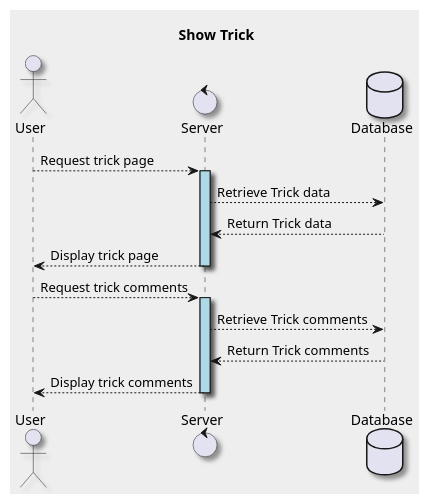
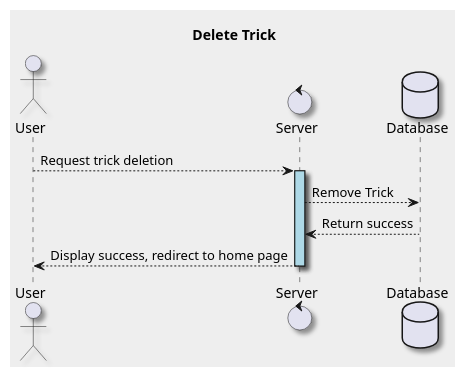
One commit to tomcdj71-openclassrooms/Snowtricks changed the diagram in .diagrams/sources/Seq_Trick_Delete.puml. Above: the diagram before and after it, drawn with PlantUML. The commit also changed 21 other files, not shown here.

```diff
--- a/.diagrams/sources/Seq_Trick_Delete.puml
+++ b/.diagrams/sources/Seq_Trick_Delete.puml
@@ -1,22 +1,15 @@
-@startuml Show Trick
-    title Show Trick
+@startuml Delete Trick
+    title Delete Trick
     skinparam backgroundColor #EEEEEE
     skinparam shadowing true
 
     actor User
     control Server
     database Database
-    User --> Server : Request trick page
+    User --> Server : Request trick deletion
     activate Server  #lightblue
-    Server --> Database : Retrieve Trick data
-    Database --> Server : Return Trick data
-    Server --> User : Display trick page
-    deactivate Server 
-
-    User --> Server : Request trick comments
-    activate Server #lightblue
-    Server --> Database : Retrieve Trick comments
-    Database --> Server : Return Trick comments
-    Server --> User : Display trick comments
+    Server --> Database : Remove Trick
+    Database --> Server : Return success
+    Server --> User : Display success, redirect to home page
     deactivate Server 
 @enduml
```
